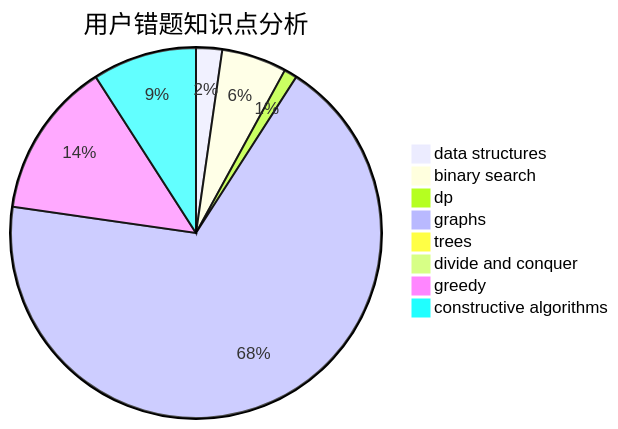
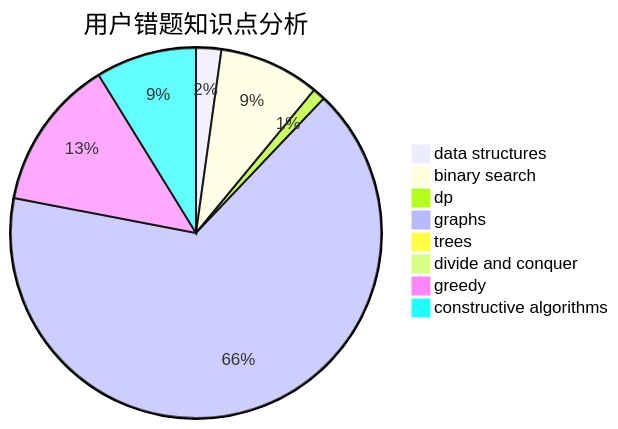
One commit to sherpahu/cfrs.github.io changed the third of 3 diagrams in docs/user/u460.md. Above: the diagram before and after it, drawn with Mermaid. The commit also changed other lines of this file and 2770 other files, not shown here.

````diff
--- a/docs/user/u460.md
+++ b/docs/user/u460.md
@@ -36,11 +36,11 @@
 ```mermaid
 pie title 用户错题知识点分析
     "data structures" :  2
-    "binary search" :  5
+    "binary search" :  8
     "dp" :  1
     "graphs" :  60
     "trees" :  0
     "divide and conquer" :  0
     "greedy" :  12
     "constructive algorithms" :  8
 ```
````
